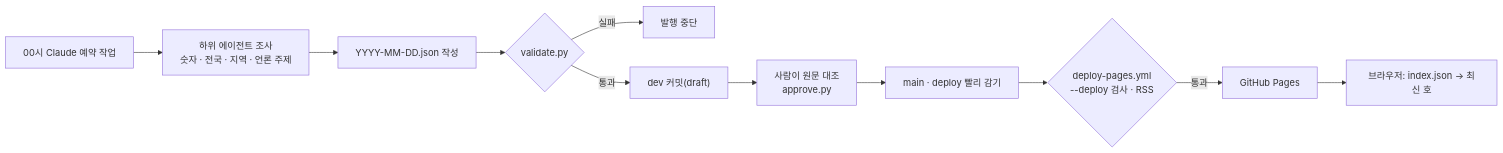
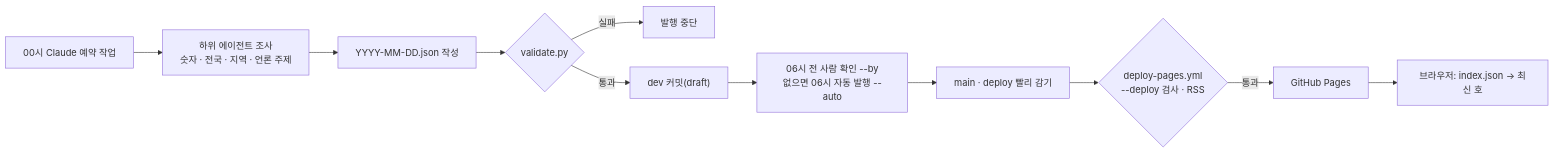
Before and after one commit to MinsangKwak/korea-jogan: the diagram in docs/portfolio/02-architecture.md, drawn with Mermaid. The commit also changed other lines of this file and 9 other files, not shown here.

````diff
--- a/docs/portfolio/02-architecture.md
+++ b/docs/portfolio/02-architecture.md
@@ -7,13 +7,13 @@
 ```mermaid
 flowchart LR
     A["00시 Claude 예약 작업"] --> B["하위 에이전트 조사<br/>숫자 · 전국 · 지역 · 언론 주제"]
     B --> C["YYYY-MM-DD.json 작성"]
     C --> D{"validate.py"}
     D -- 실패 --> X["발행 중단"]
     D -- 통과 --> E["dev 커밋(draft)"]
-    E --> R["사람이 원문 대조<br/>approve.py"]
+    E --> R["06시 전 사람 확인 --by<br/>없으면 06시 자동 발행 --auto"]
     R --> F["main · deploy 빨리 감기"]
     F --> G{"deploy-pages.yml<br/>--deploy 검사 · RSS"}
     G -- 통과 --> H["GitHub Pages"]
     H --> U["브라우저: index.json → 최신 호"]
 ```
````
